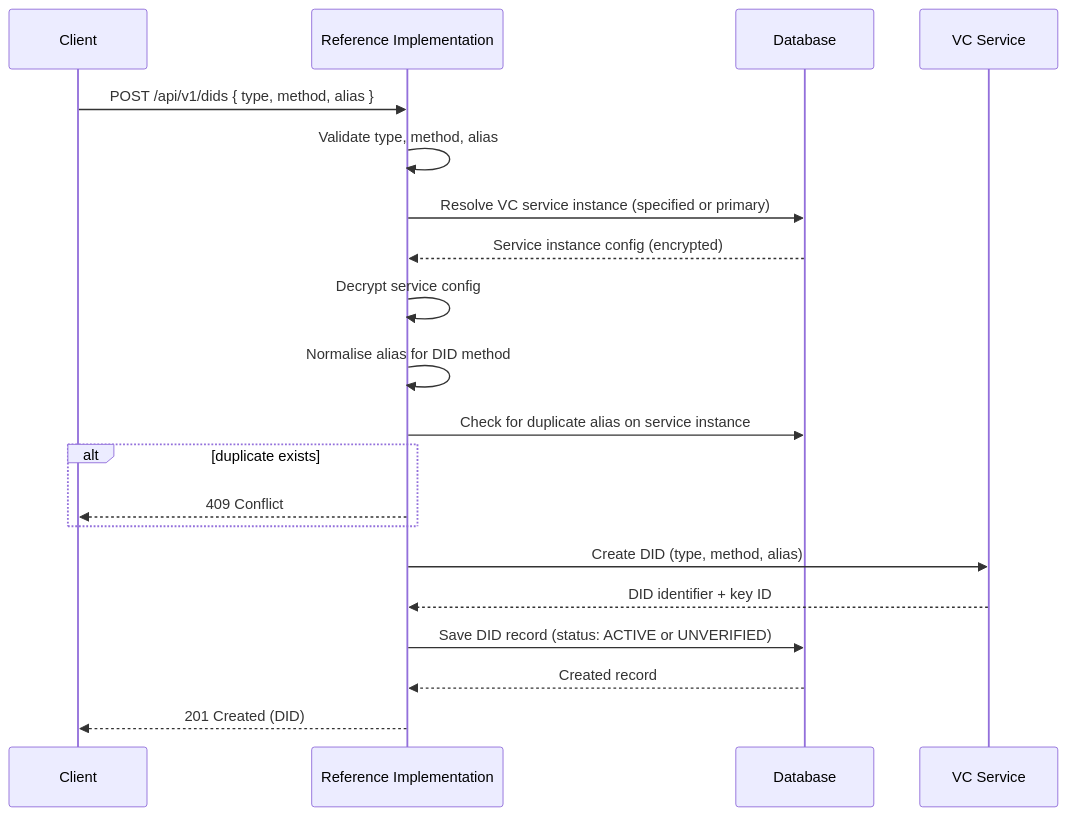
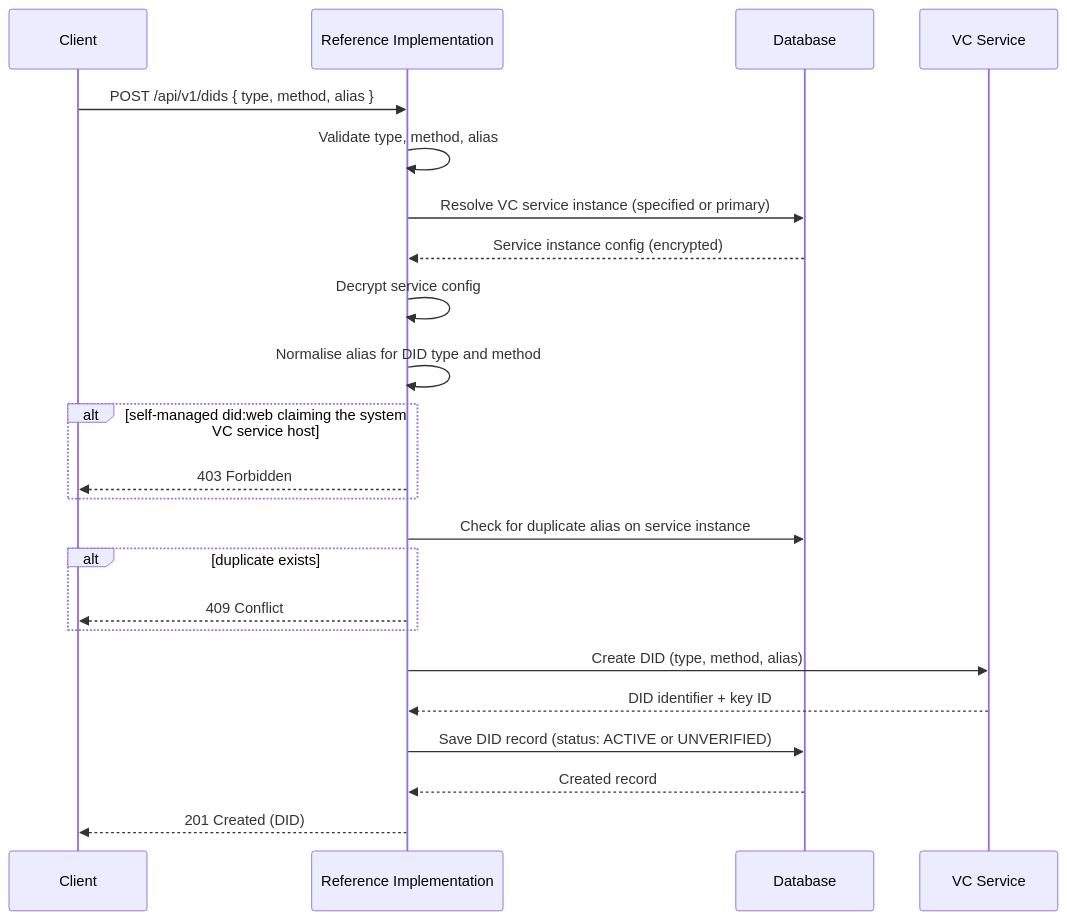
The first of 5 diagrams in documentation/docs/reference-implementation/api/dids.md (uncefact/tests-untp), drawn with Mermaid before and after one commit. The commit also changed other lines of this file and 17 other files, not shown here.

````diff
--- a/documentation/docs/reference-implementation/api/dids.md
+++ b/documentation/docs/reference-implementation/api/dids.md
@@ -120,23 +137,26 @@
 ```mermaid
 sequenceDiagram
     participant Client
     participant RI as Reference Implementation
     participant DB as Database
     participant VC as VC Service
 
     Client->>RI: POST /api/v1/dids { type, method, alias }
     RI->>RI: Validate type, method, alias
     RI->>DB: Resolve VC service instance (specified or primary)
     DB-->>RI: Service instance config (encrypted)
     RI->>RI: Decrypt service config
-    RI->>RI: Normalise alias for DID method
+    RI->>RI: Normalise alias for DID type and method
+    alt self-managed did:web claiming the system VC service host
+        RI-->>Client: 403 Forbidden
+    end
     RI->>DB: Check for duplicate alias on service instance
     alt duplicate exists
         RI-->>Client: 409 Conflict
     end
     RI->>VC: Create DID (type, method, alias)
     VC-->>RI: DID identifier + key ID
     RI->>DB: Save DID record (status: ACTIVE or UNVERIFIED)
     DB-->>RI: Created record
     RI-->>Client: 201 Created (DID)
 ```
````
